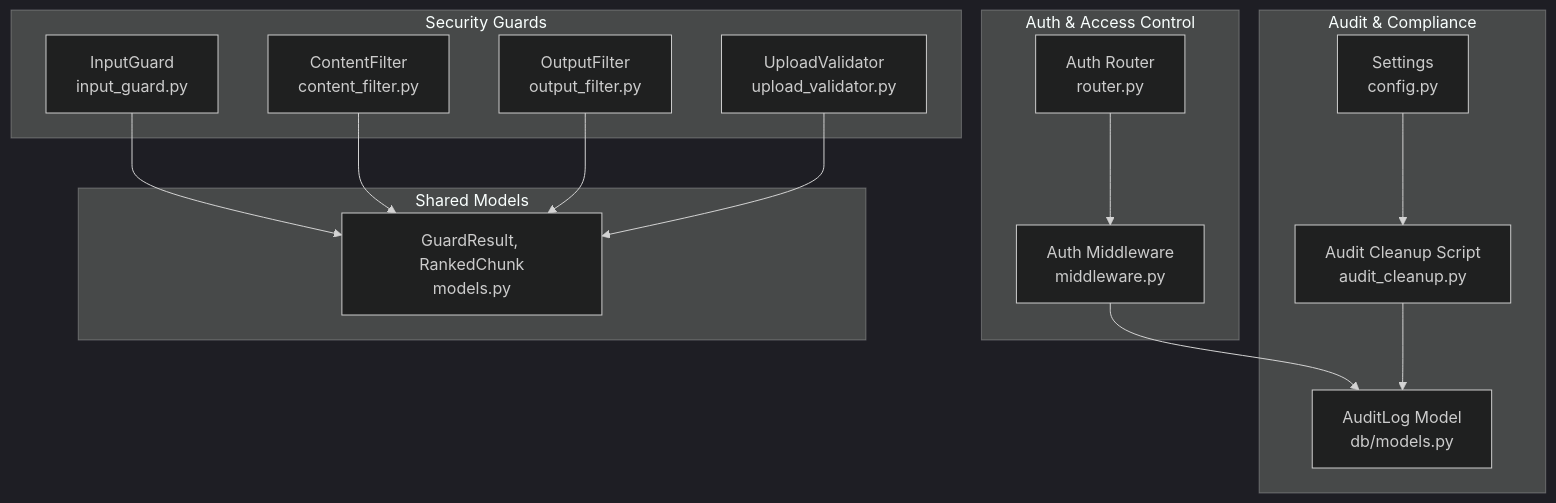
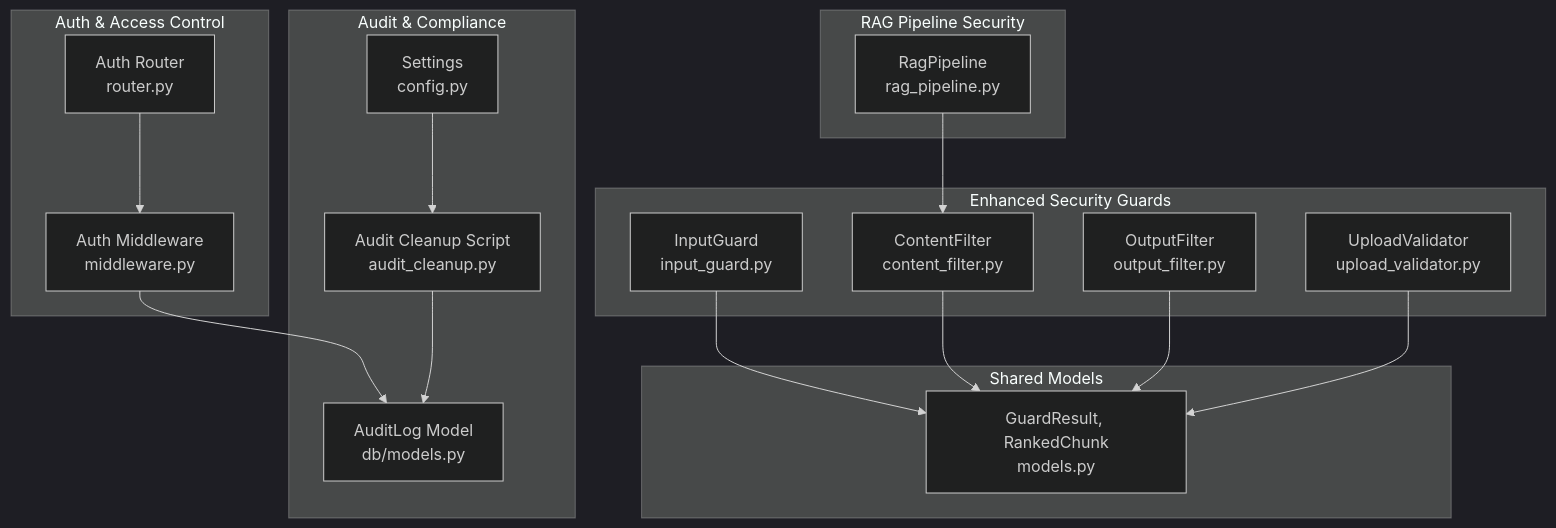
Before and after one commit to genes8/private-ai: the first of 9 diagrams in .qoder/repowiki/en/content/Security and Compliance/Security and Compliance.md, drawn with Mermaid (dark theme). The commit also changed other lines of this file and 55 other files, not shown here.

````diff
--- a/.qoder/repowiki/en/content/Security and Compliance/Security and Compliance.md
+++ b/.qoder/repowiki/en/content/Security and Compliance/Security and Compliance.md
@@ -41,29 +51,33 @@
 ```mermaid
 graph TB
-subgraph "Security Guards"
+subgraph "Enhanced Security Guards"
 IG["InputGuard<br/>input_guard.py"]
 CF["ContentFilter<br/>content_filter.py"]
 OF["OutputFilter<br/>output_filter.py"]
 UV["UploadValidator<br/>upload_validator.py"]
+end
+subgraph "RAG Pipeline Security"
+RP["RagPipeline<br/>rag_pipeline.py"]
 end
 subgraph "Auth & Access Control"
 MW["Auth Middleware<br/>middleware.py"]
 AR["Auth Router<br/>router.py"]
 end
 subgraph "Audit & Compliance"
 AL["AuditLog Model<br/>db/models.py"]
 AC["Audit Cleanup Script<br/>audit_cleanup.py"]
 CFG["Settings<br/>config.py"]
 end
 subgraph "Shared Models"
 GM["GuardResult, RankedChunk<br/>models.py"]
 end
 IG --> GM
 CF --> GM
 OF --> GM
 UV --> GM
+RP --> CF
 AR --> MW
 MW --> AL
 AC --> AL
 CFG --> AC
 ```
````
